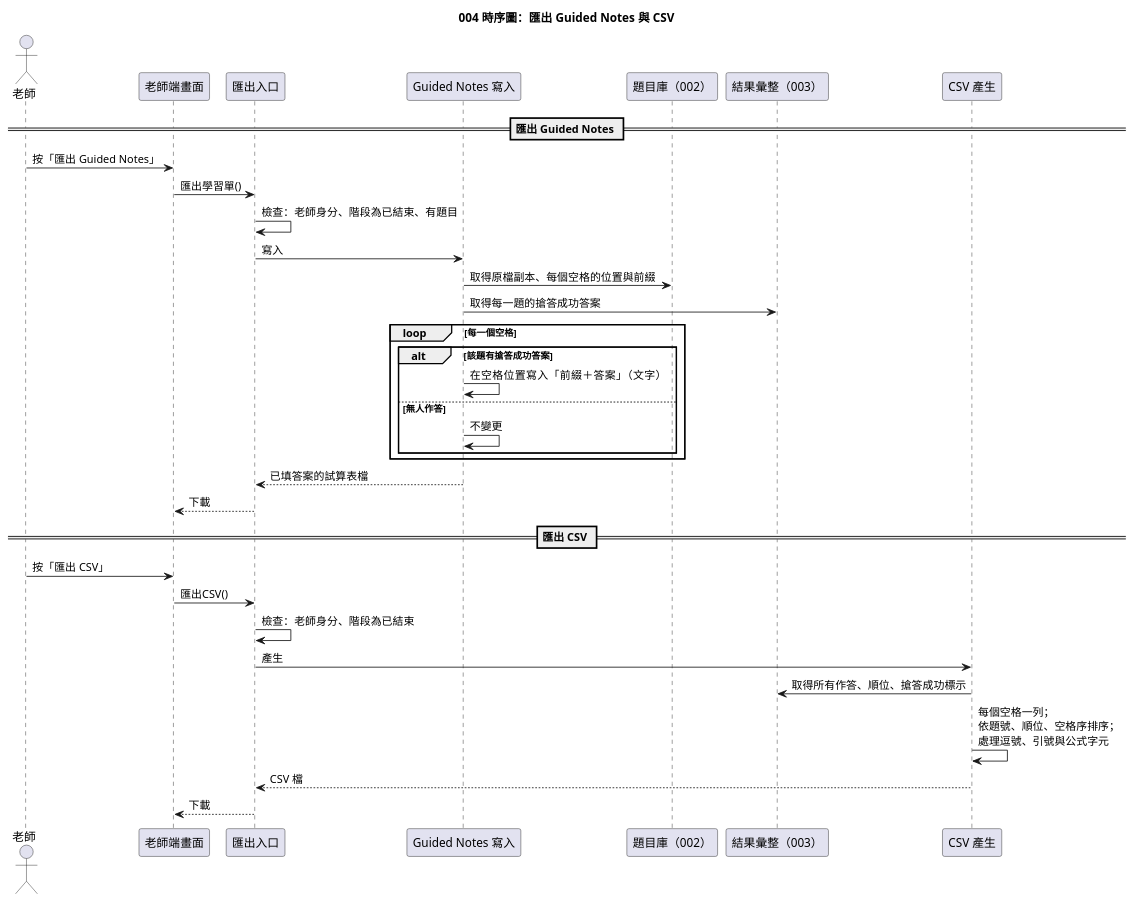
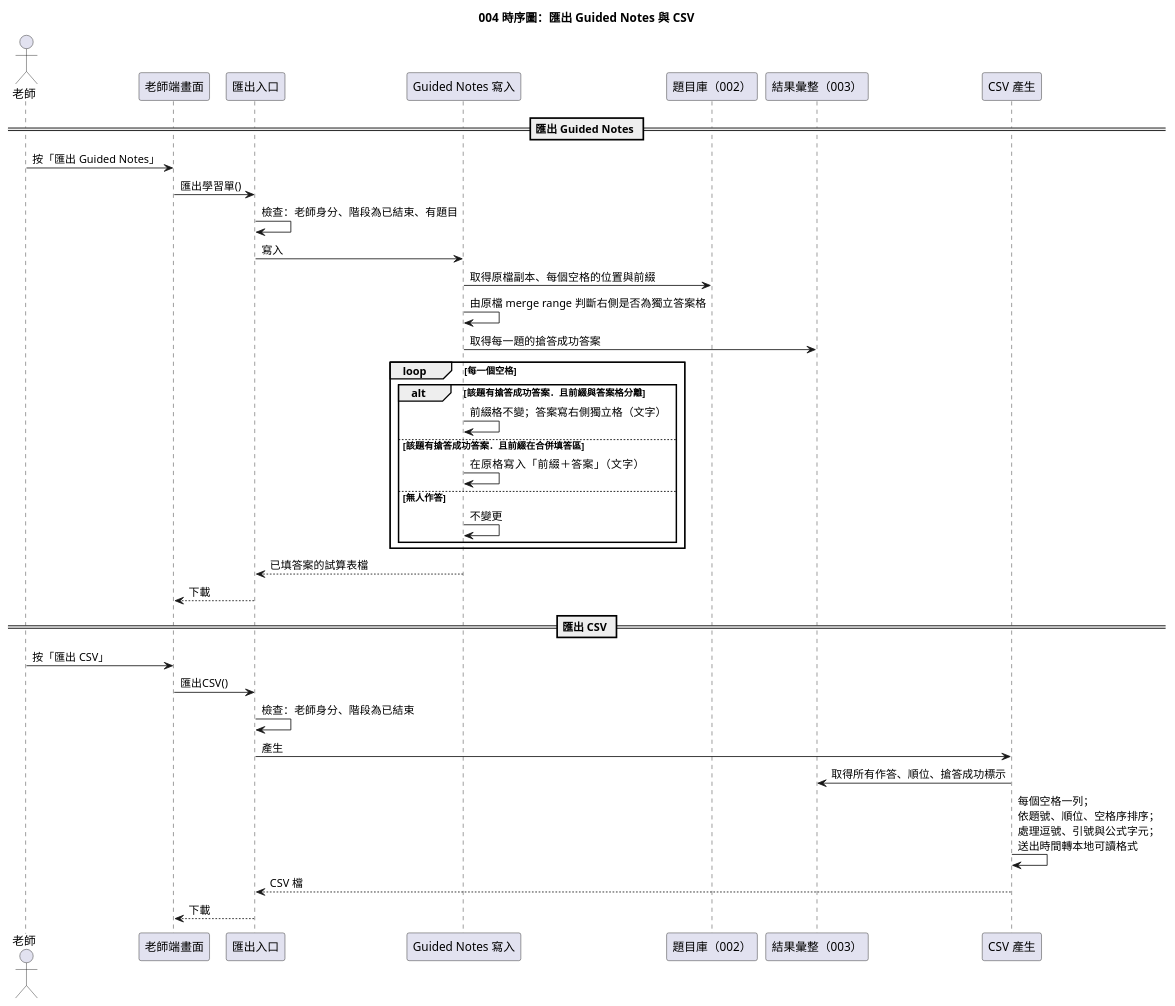
The diagram in diagrams/004-export-seq-export.puml (Danielweng0902/Answering-System_speckit), drawn with PlantUML before and after one commit. The commit also changed 49 other files, not shown here.

```diff
--- a/diagrams/004-export-seq-export.puml
+++ b/diagrams/004-export-seq-export.puml
@@ -1,38 +1,41 @@
 @startuml
 title 004 時序圖：匯出 Guided Notes 與 CSV
 
 actor 老師
 participant "老師端畫面" as T
 participant "匯出入口" as G
 participant "Guided Notes 寫入" as W
 participant "題目庫（002）" as B
 participant "結果彙整（003）" as R
 participant "CSV 產生" as C
 
 == 匯出 Guided Notes ==
 老師 -> T : 按「匯出 Guided Notes」
 T -> G : 匯出學習單()
 G -> G : 檢查：老師身分、階段為已結束、有題目
 G -> W : 寫入
 W -> B : 取得原檔副本、每個空格的位置與前綴
+W -> W : 由原檔 merge range 判斷右側是否為獨立答案格
 W -> R : 取得每一題的搶答成功答案
 loop 每一個空格
-  alt 該題有搶答成功答案
-    W -> W : 在空格位置寫入「前綴＋答案」（文字）
+  alt 該題有搶答成功答案．且前綴與答案格分離
+    W -> W : 前綴格不變；答案寫右側獨立格（文字）
+  else 該題有搶答成功答案．且前綴在合併填答區
+    W -> W : 在原格寫入「前綴＋答案」（文字）
   else 無人作答
     W -> W : 不變更
   end
 end
 W --> G : 已填答案的試算表檔
 G --> T : 下載
 
 == 匯出 CSV ==
 老師 -> T : 按「匯出 CSV」
 T -> G : 匯出CSV()
 G -> G : 檢查：老師身分、階段為已結束
 G -> C : 產生
 C -> R : 取得所有作答、順位、搶答成功標示
-C -> C : 每個空格一列；\n依題號、順位、空格序排序；\n處理逗號、引號與公式字元
+C -> C : 每個空格一列；\n依題號、順位、空格序排序；\n處理逗號、引號與公式字元；\n送出時間轉本地可讀格式
 C --> G : CSV 檔
 G --> T : 下載
 @enduml
```
